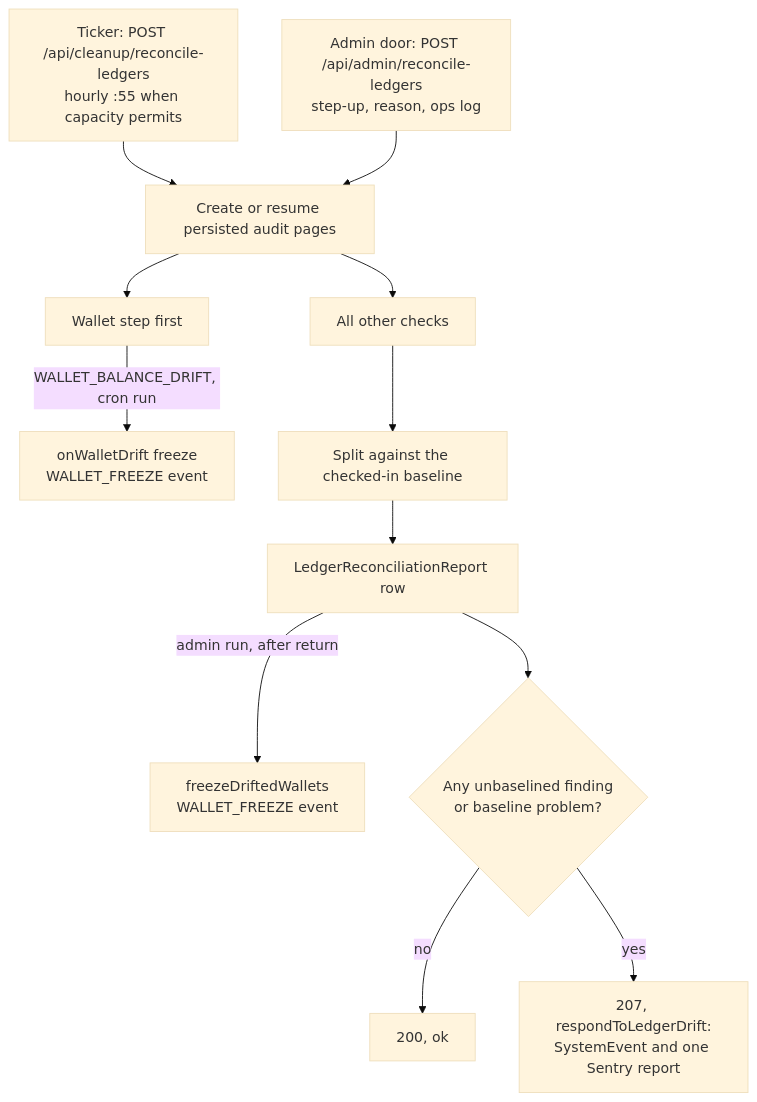
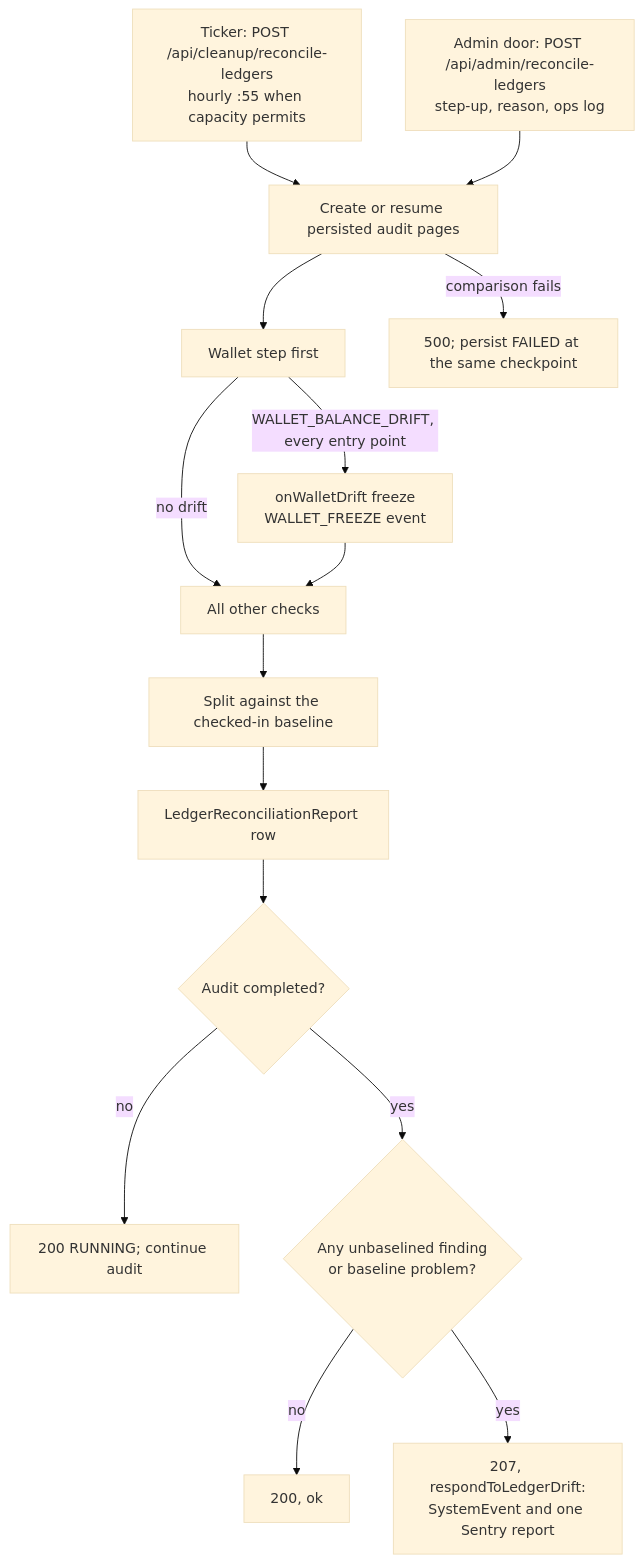
Before and after one commit to Practitionist/familiarise_web: the diagram in docs/finance/20-ledger/06-integrity-and-reconciliation.md, drawn with Mermaid (base theme). The commit also changed other lines of this file and 3 other files, not shown here.

````diff
--- a/docs/finance/20-ledger/06-integrity-and-reconciliation.md
+++ b/docs/finance/20-ledger/06-integrity-and-reconciliation.md
@@ -61,14 +61,17 @@
 ```mermaid
 flowchart TD
   CRON["Ticker: POST /api/cleanup/reconcile-ledgers<br/>hourly :55 when capacity permits"] --> RUN["Create or resume persisted audit pages"]
   ADMIN["Admin door: POST /api/admin/reconcile-ledgers<br/>step-up, reason, ops log"] --> RUN
   RUN --> W["Wallet step first"]
-  W -->|"WALLET_BALANCE_DRIFT, cron run"| FRZ["onWalletDrift freeze<br/>WALLET_FREEZE event"]
-  REP -->|"admin run, after return"| AFRZ["freezeDriftedWallets<br/>WALLET_FREEZE event"]
-  RUN --> REST["All other checks"]
+  W -->|"WALLET_BALANCE_DRIFT, every entry point"| FRZ["onWalletDrift freeze<br/>WALLET_FREEZE event"]
+  W -->|"no drift"| REST["All other checks"]
+  FRZ --> REST
   REST --> BL["Split against the checked-in baseline"]
   BL --> REP["LedgerReconciliationReport row"]
-  REP --> OK{"Any unbaselined finding<br/>or baseline problem?"}
+  RUN -->|"comparison fails"| F["500; persist FAILED at the same checkpoint"]
+  REP --> DONE{"Audit completed?"}
+  DONE -- no --> CONT["200 RUNNING; continue audit"]
+  DONE -- yes --> OK{"Any unbaselined finding<br/>or baseline problem?"}
   OK -- no --> G["200, ok"]
   OK -- yes --> P["207, respondToLedgerDrift:<br/>SystemEvent and one Sentry report"]
 ```
````
